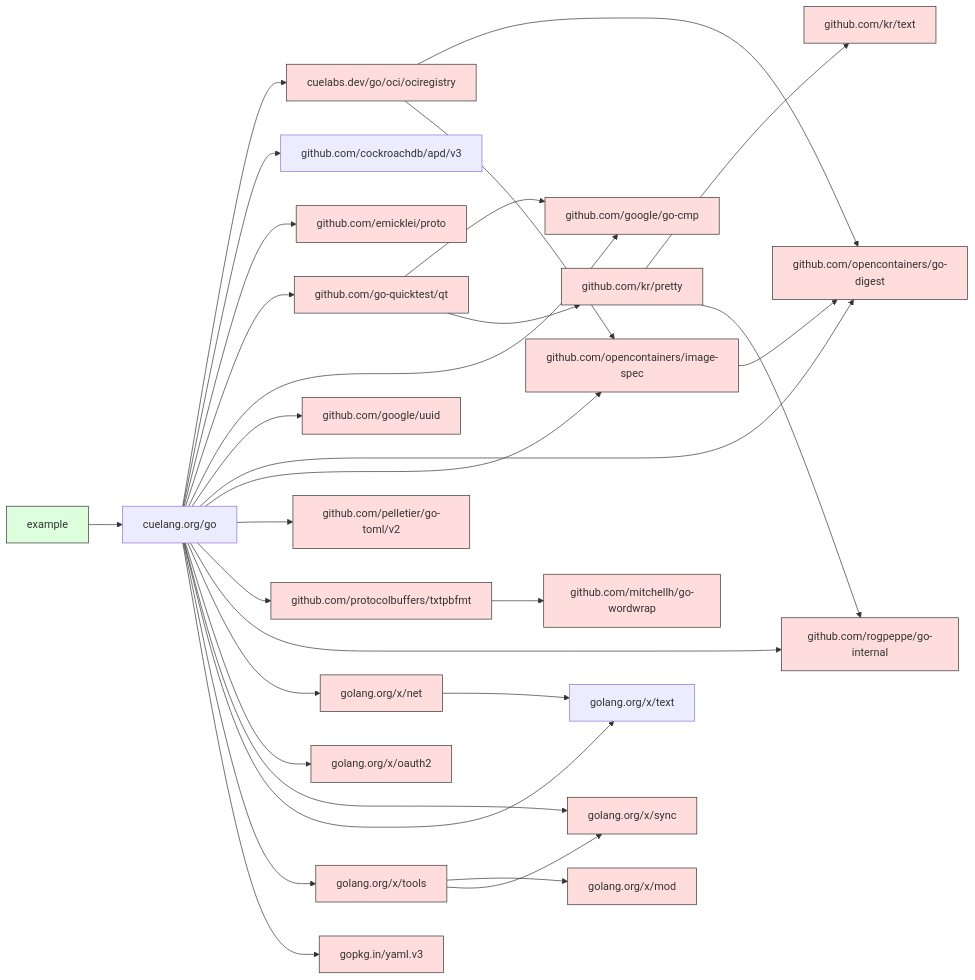
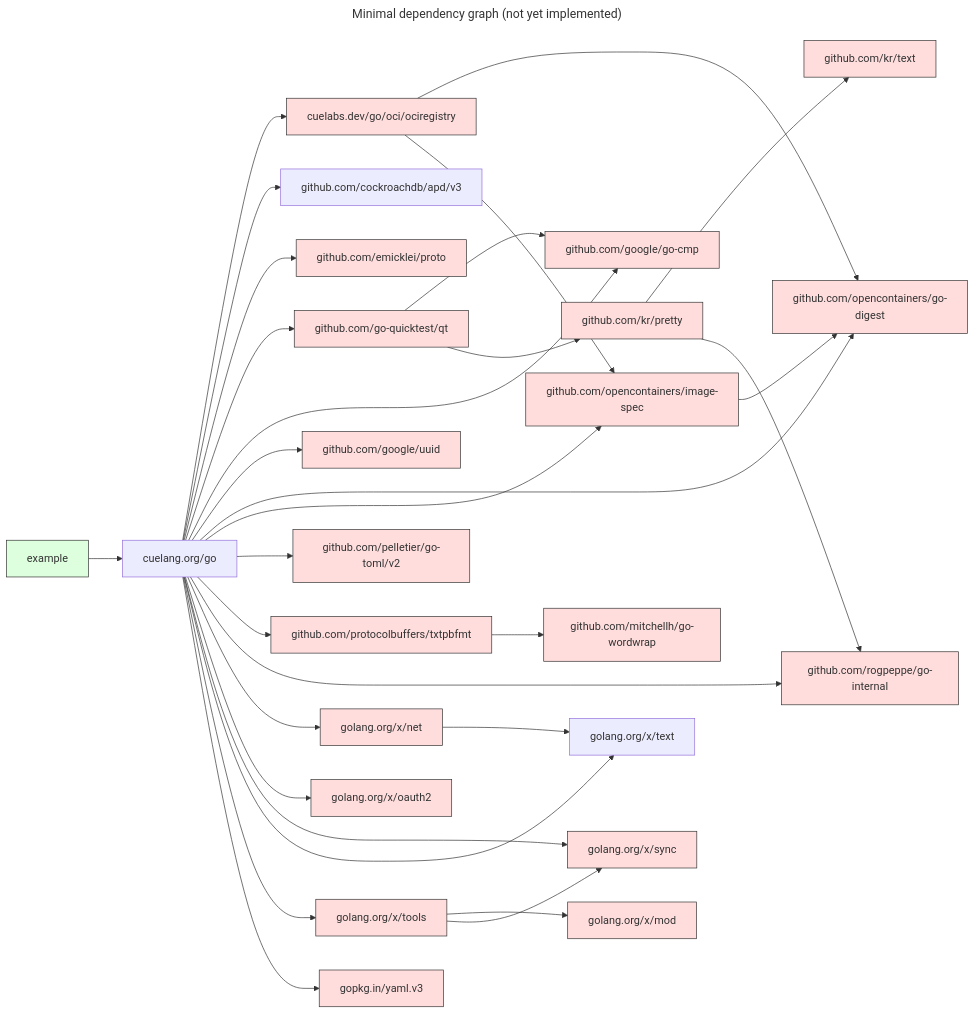
One commit to cue-lang/cuelang.org changed the third of 3 diagrams in mkdocs/preprocessor/content/docs/concept/understanding-cue-go-module-dependencies/en.md. Above: the diagram before and after it, drawn with Mermaid. The commit also changed other lines of this file and 6 other files, not shown here.

First line of the commit message:
mkdocs: replace Hugo mermaid shortcode with code block with mkdocs-refactor/mermaid-transform.bash

````diff
--- a/mkdocs/preprocessor/content/docs/concept/understanding-cue-go-module-dependencies/en.md
+++ b/mkdocs/preprocessor/content/docs/concept/understanding-cue-go-module-dependencies/en.md
@@ -239,59 +245,62 @@
-{{< mermaid caption="Minimal dependency graph (not yet implemented)" >}}
+``` mermaid
+---
+title: "Minimal dependency graph (not yet implemented)"
+---
 graph LR
     N0["cuelabs.dev/go/oci/ociregistry"]
     N1["cuelang.org/go"]
     N2["example"]
     N3["github.com/cockroachdb/apd/v3"]
     N4["github.com/emicklei/proto"]
     N5["github.com/go-quicktest/qt"]
     N6["github.com/google/go-cmp"]
     N7["github.com/google/uuid"]
     N8["github.com/kr/pretty"]
     N9["github.com/kr/text"]
     N10["github.com/mitchellh/go-wordwrap"]
     N11["github.com/opencontainers/go-digest"]
     N12["github.com/opencontainers/image-spec"]
     N13["github.com/pelletier/go-toml/v2"]
     N14["github.com/protocolbuffers/txtpbfmt"]
     N15["github.com/rogpeppe/go-internal"]
     N16["golang.org/x/mod"]
     N17["golang.org/x/net"]
     N18["golang.org/x/oauth2"]
     N19["golang.org/x/sync"]
     N20["golang.org/x/text"]
     N21["golang.org/x/tools"]
     N22["gopkg.in/yaml.v3"]
     N0 --> N11
     N0 --> N12
     N1 --> N0
     N1 --> N3
     N1 --> N4
     N1 --> N5
     N1 --> N6
     N1 --> N7
     N1 --> N11
     N1 --> N12
     N1 --> N13
     N1 --> N14
     N1 --> N15
     N1 --> N17
     N1 --> N18
     N1 --> N19
     N1 --> N20
     N1 --> N21
     N1 --> N22
     N2 --> N1
     N5 --> N6
     N5 --> N8
     N8 --> N9
     N8 --> N15
     N12 --> N11
     N14 --> N10
     N17 --> N20
     N21 --> N16
     N21 --> N19
     classDef red fill:#ffdddd,stroke:#333,stroke-width:1px;
     class N0,N4,N5,N6,N7,N8,N9,N10,N11,N12,N13,N14,N15,N16,N17,N18,N19,N21,N22 red;
     classDef green fill:#ddffdd,stroke:#333,stroke-width:1px;
     class N2 green;
-{{< /mermaid >}}
+```
````
